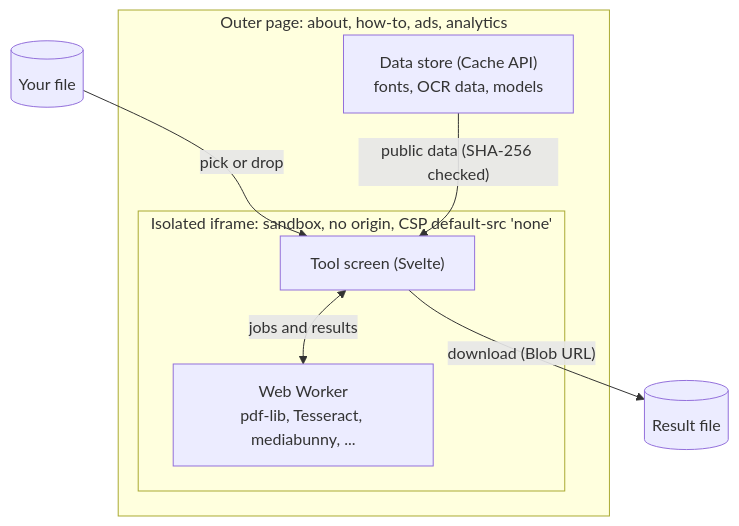
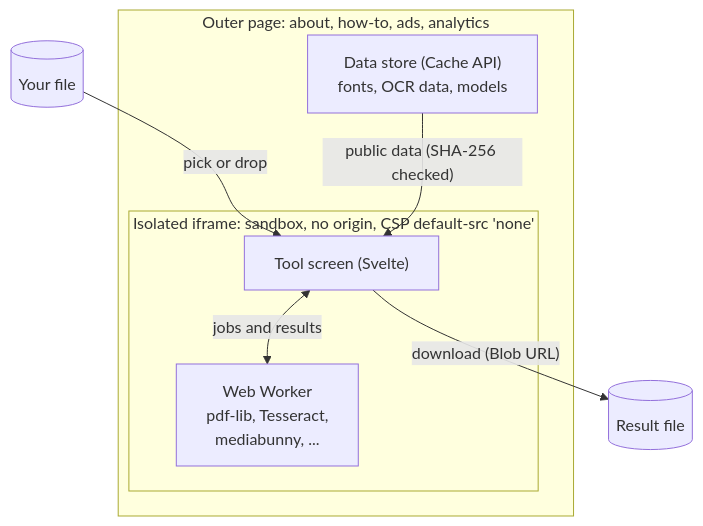
One commit to newbission/justusing changed the diagram in README.en.md. Above: the diagram before and after it, drawn with Mermaid. The commit also changed 1 other file, not shown here.

Commit message:
docs: README 구조 그림 글자 줄바꿈 수정
그림 상자 안의 긴 이름이 'pdf-'에서 끊겨 읽기 어려웠다.

````diff
--- a/README.en.md
+++ b/README.en.md
@@ -166,16 +166,16 @@
 ```mermaid
 flowchart TB
   file[("Your file")]
   subgraph outer["Outer page: about, how-to, ads, analytics"]
     store["Data store (Cache API)<br/>fonts, OCR data, models"]
     subgraph frame["Isolated iframe: sandbox, no origin, CSP default-src 'none'"]
       app["Tool screen (Svelte)"]
-      worker["Web Worker<br/>pdf-lib, Tesseract, mediabunny, ..."]
+      worker["Web Worker<br/>pdf-lib, Tesseract,<br/>mediabunny, ..."]
     end
   end
   out[("Result file")]
   file -- "pick or drop" --> app
   app <-- "jobs and results" --> worker
   store -- "public data (SHA-256 checked)" --> app
   app -- "download (Blob URL)" --> out
 ```
````
